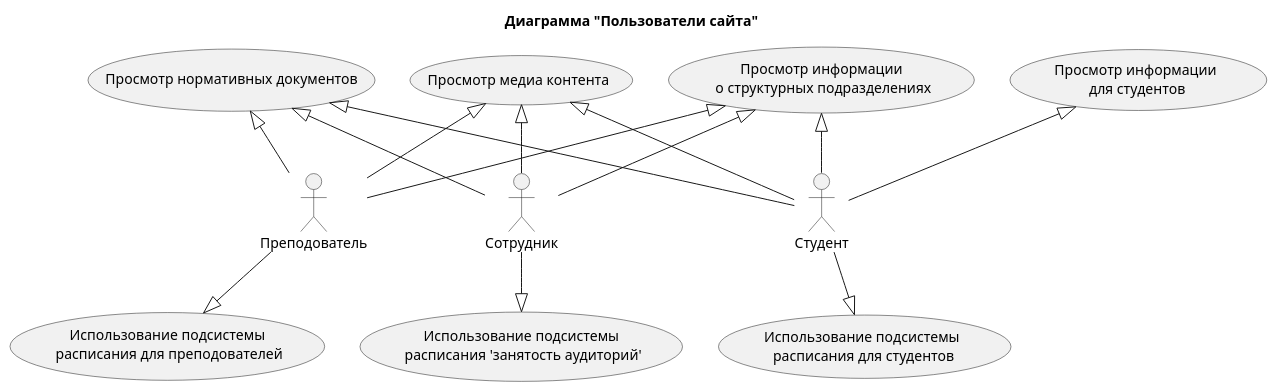
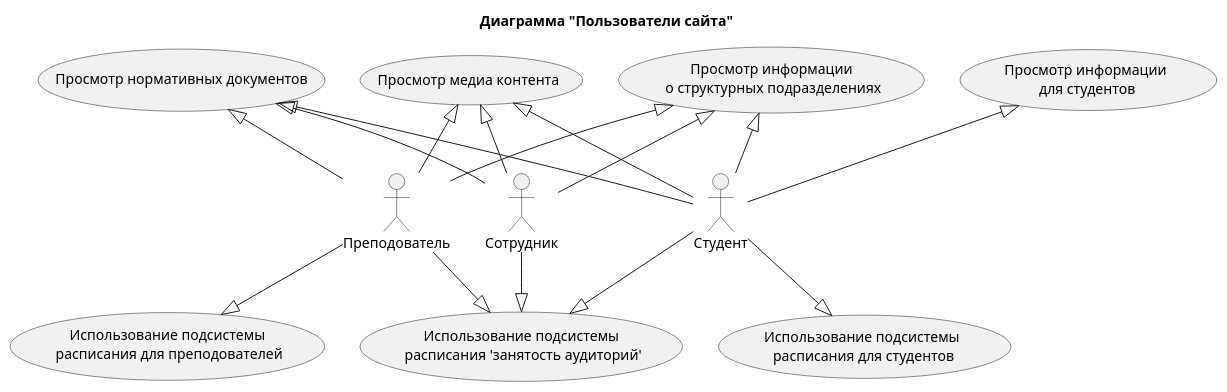
Before and after one commit to kiselevvn/rsue_uml: the diagram in diagrams/source/use_case/users_site.puml, drawn with PlantUML. The commit also changed 19 other files, not shown here.

```diff
--- a/diagrams/source/use_case/users_site.puml
+++ b/diagrams/source/use_case/users_site.puml
@@ -1,43 +1,45 @@
 @startuml users_site
 
 title Диаграмма "Пользователи сайта"
 
-' left to right direction
 
 ' Обявление актеров
 actor "Сотрудник" as employee
 actor "Преподователь" as teacher
 actor "Студент" as student
 
-
+' Обявление вариантов использования
 usecase "Просмотр нормативных документов" as UC1
 usecase "Просмотр медиа контента" as UC2
 usecase "Просмотр информации\n для студентов" as UC3
 usecase "Просмотр информации\n о структурных подразделениях" as UC4
 usecase "Использование подсистемы\n расписания для студентов" as UC5
 usecase "Использование подсистемы\n расписания для преподователей" as UC6
 usecase "Использование подсистемы\n расписания 'занятость аудиторий'" as UC7
 
+' Обявление отношений
 UC1 <|-- employee
 UC1 <|-- teacher
 UC1 <|-- student
 
 UC2 <|-- employee
 UC2 <|-- teacher
 UC2 <|-- student
 
 UC3 <|-- student
 
 
 UC4 <|-- employee
 UC4 <|-- teacher
 UC4 <|-- student
 
 UC5 <|-up- student
 
 UC6 <|-up- teacher
 
 UC7 <|-up- employee
+UC7 <|-up- student
+UC7 <|-up- teacher
 
 
 @enduml
```
